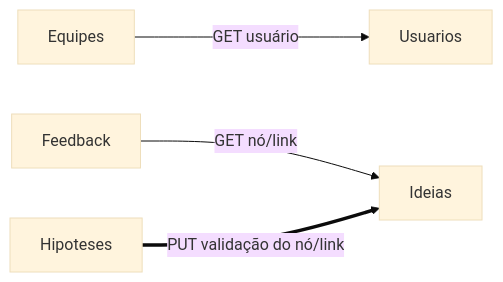
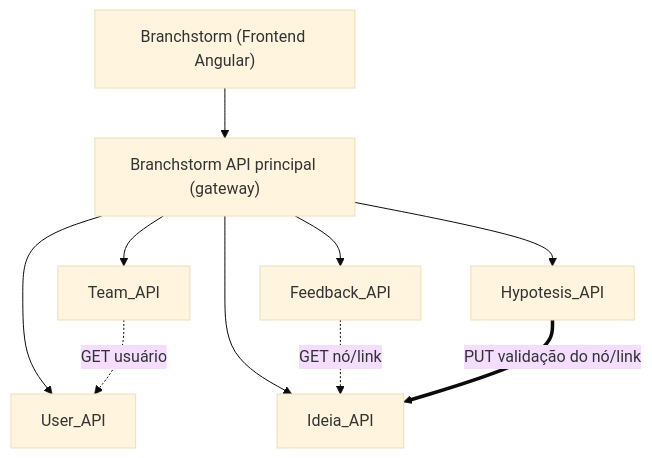
Before and after one commit to thales-vaz-sousa/Branchstorm: the first of 8 diagrams in README.md, drawn with Mermaid (base theme). The commit also changed other lines of this file and 2 other files, not shown here.

````diff
--- a/README.md
+++ b/README.md
@@ -62,6 +65,12 @@
 ```mermaid
-flowchart LR
-  Equipes -- "GET usuário" --> Usuarios
-  Feedback -- "GET nó/link" --> Ideias
-  Hipoteses == "PUT validação do nó/link" ==> Ideias
+flowchart TD
+  Branchstorm_["Branchstorm (Frontend Angular)"] --> Gateway["Branchstorm API principal (gateway)"]
+  Gateway --> User_API
+  Gateway --> Team_API
+  Gateway --> Ideia_API
+  Gateway --> Hypotesis_API
+  Gateway --> Feedback_API
+  Team_API -. "GET usuário" .-> User_API
+  Feedback_API -. "GET nó/link" .-> Ideia_API
+  Hypotesis_API == "PUT validação do nó/link" ==> Ideia_API
 ```
````
